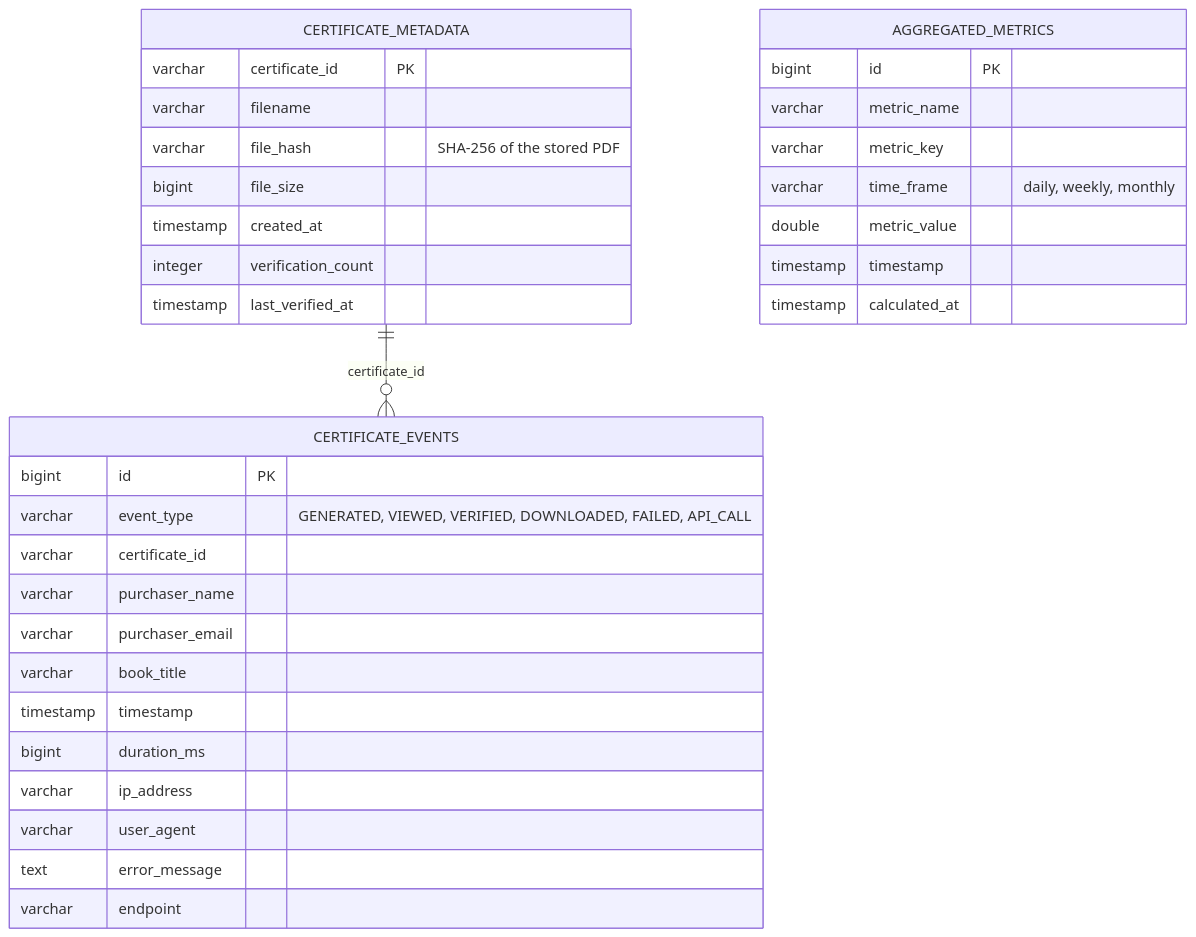
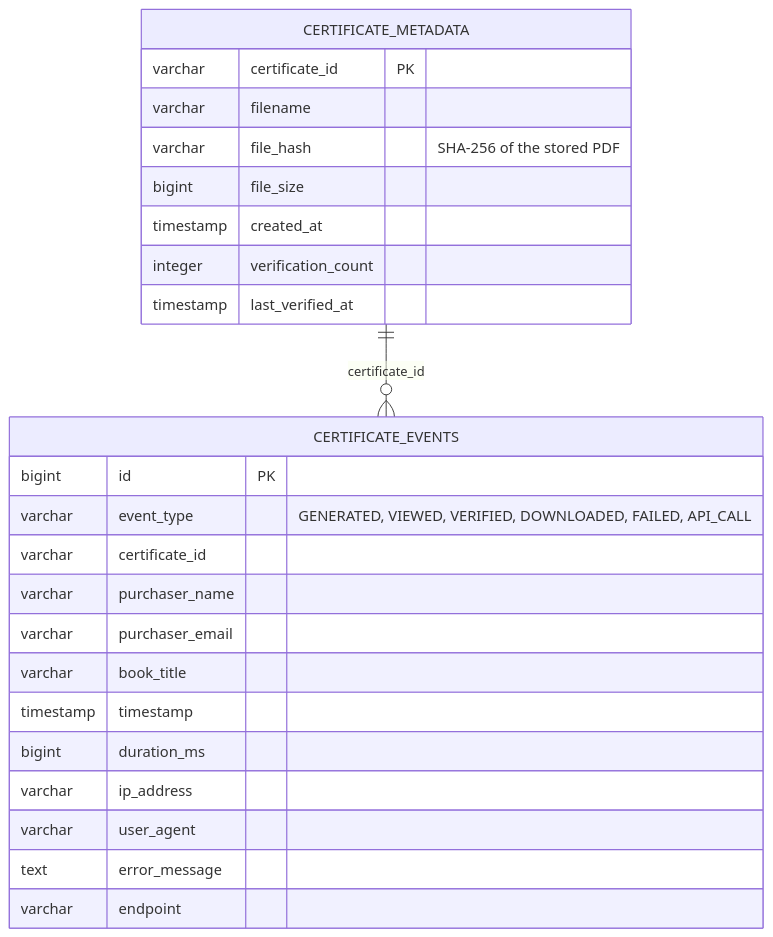
Before and after one commit to kousen/claude-code-training: the seventh of 8 diagrams in exercises/java/certificate-service/ARCHITECTURE.md, drawn with Mermaid. The commit also changed other lines of this file and 3 other files, not shown here.

````diff
--- a/exercises/java/certificate-service/ARCHITECTURE.md
+++ b/exercises/java/certificate-service/ARCHITECTURE.md
@@ -220,39 +216,29 @@
 ```mermaid
 erDiagram
     CERTIFICATE_EVENTS {
         bigint id PK
         varchar event_type "GENERATED, VIEWED, VERIFIED, DOWNLOADED, FAILED, API_CALL"
         varchar certificate_id
         varchar purchaser_name
         varchar purchaser_email
         varchar book_title
         timestamp timestamp
         bigint duration_ms
         varchar ip_address
         varchar user_agent
         text error_message
         varchar endpoint
     }
 
     CERTIFICATE_METADATA {
         varchar certificate_id PK
         varchar filename
         varchar file_hash "SHA-256 of the stored PDF"
         bigint file_size
         timestamp created_at
         integer verification_count
         timestamp last_verified_at
     }
 
-    AGGREGATED_METRICS {
-        bigint id PK
-        varchar metric_name
-        varchar metric_key
-        varchar time_frame "daily, weekly, monthly"
-        double metric_value
-        timestamp timestamp
-        timestamp calculated_at
-    }
-
     CERTIFICATE_METADATA ||--o{ CERTIFICATE_EVENTS : "certificate_id"
 ```
````
